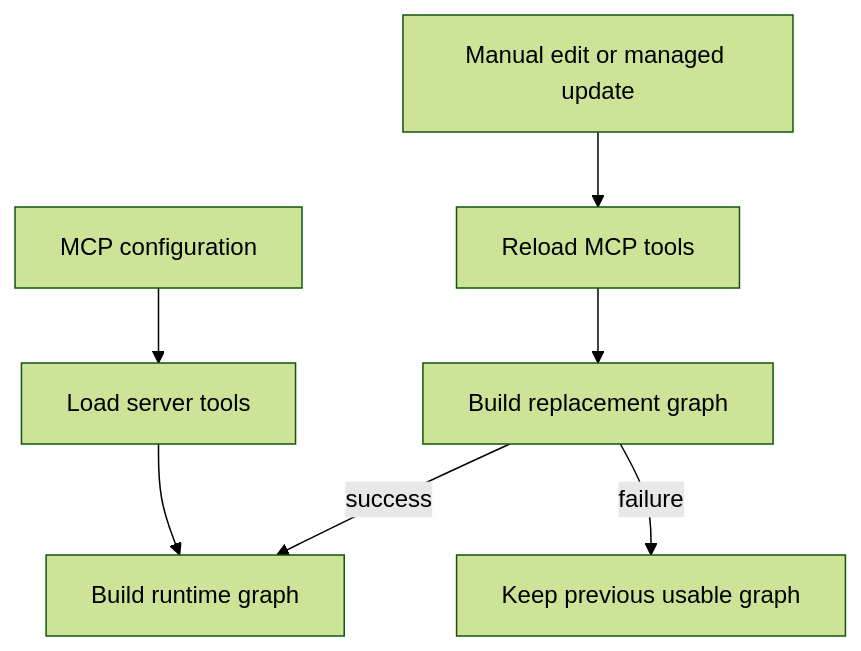
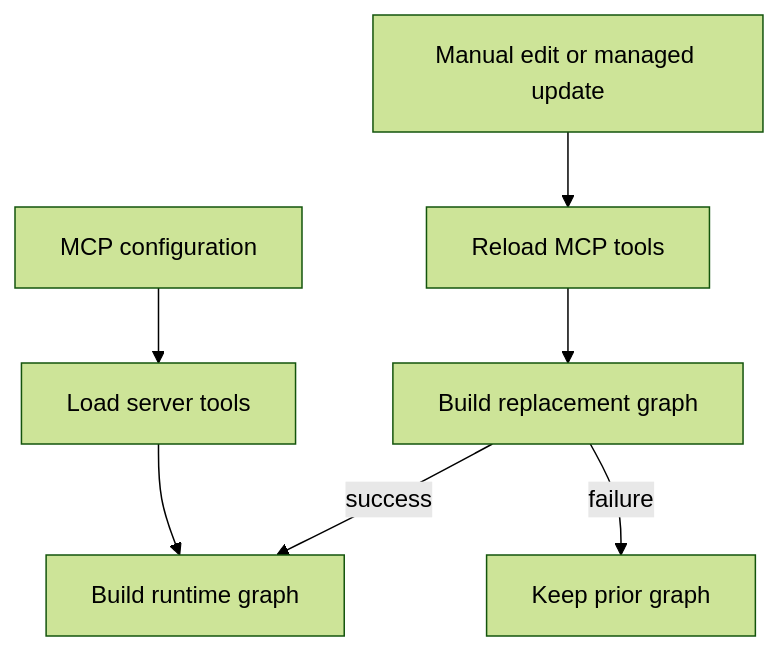
Before and after one commit to langchain-ai/deepagents: the second of 2 diagrams in openwiki/integrations/talon.md, drawn with Mermaid (forest theme). The commit also changed other lines of this file and 39 other files, not shown here.

````diff
--- a/openwiki/integrations/talon.md
+++ b/openwiki/integrations/talon.md
@@ -118,9 +124,9 @@
 ```mermaid
 flowchart TD
     Config["MCP configuration"] --> Load["Load server tools"]
     Load --> Graph["Build runtime graph"]
     Edit["Manual edit or managed update"] --> Reload["Reload MCP tools"]
     Reload --> Build["Build replacement graph"]
     Build -->|success| Graph
-    Build -->|failure| Previous["Keep previous usable graph"]
+    Build -->|failure| Prior["Keep prior graph"]
 ```
````
